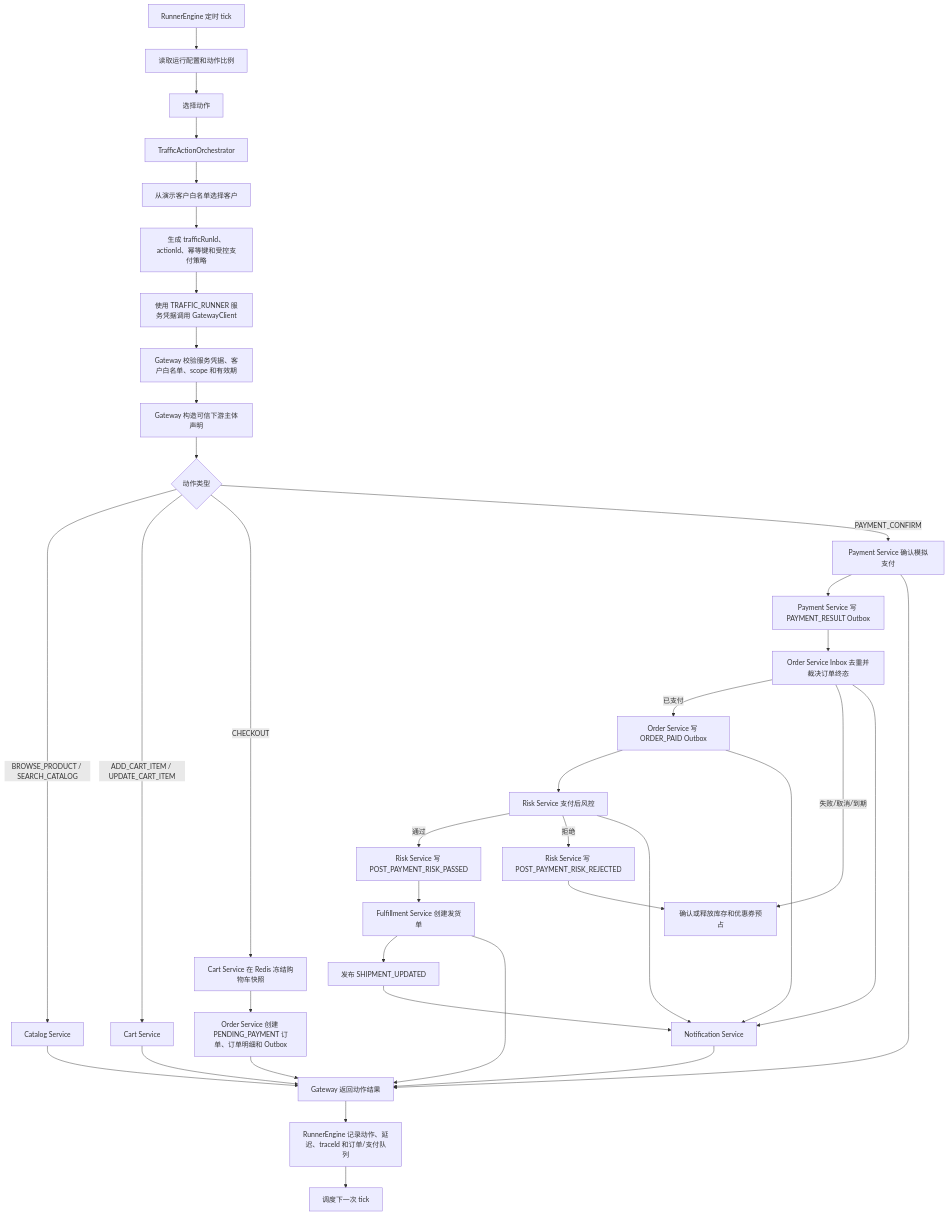
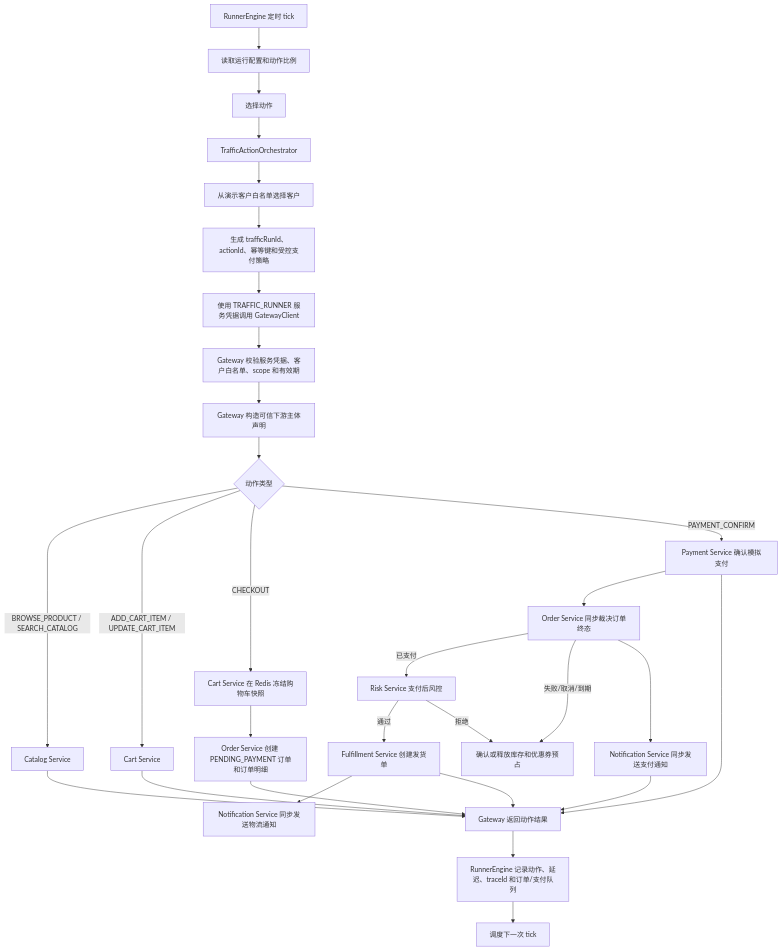
The third of 5 diagrams in _docs/technical-design.md (asatasinon/mall-chaos), drawn with Mermaid before and after one commit. The commit also changed other lines of this file and 38 other files, not shown here.

````diff
--- a/_docs/technical-design.md
+++ b/_docs/technical-design.md
@@ -162,41 +162,34 @@
 ```mermaid
 flowchart TD
   Tick[RunnerEngine 定时 tick] --> Config[读取运行配置和动作比例]
   Config --> Pick[选择动作]
   Pick --> Orchestrator[TrafficActionOrchestrator]
   Orchestrator --> DemoUser[从演示客户白名单选择客户]
   DemoUser --> Context[生成 trafficRunId、actionId、幂等键和受控支付策略]
   Context --> Credentials[使用 TRAFFIC_RUNNER 服务凭据调用 GatewayClient]
   Credentials --> Gateway[Gateway 校验服务凭据、客户白名单、scope 和有效期]
   Gateway --> Principal[Gateway 构造可信下游主体声明]
 
   Principal --> Browse{动作类型}
   Browse -->|BROWSE_PRODUCT / SEARCH_CATALOG| Catalog[Catalog Service]
   Browse -->|ADD_CART_ITEM / UPDATE_CART_ITEM| Cart[Cart Service]
   Browse -->|CHECKOUT| Freeze[Cart Service 在 Redis 冻结购物车快照]
-  Freeze --> Order[Order Service 创建 PENDING_PAYMENT 订单、订单明细和 Outbox]
+  Freeze --> Order[Order Service 创建 PENDING_PAYMENT 订单和订单明细]
   Browse -->|PAYMENT_CONFIRM| Payment[Payment Service 确认模拟支付]
-  Payment --> PaymentOutbox[Payment Service 写 PAYMENT_RESULT Outbox]
-  PaymentOutbox --> OrderInbox[Order Service Inbox 去重并裁决订单终态]
-  OrderInbox -->|已支付| OrderPaid[Order Service 写 ORDER_PAID Outbox]
-  OrderInbox -->|失败/取消/到期| Compensate[确认或释放库存和优惠券预占]
-  OrderPaid --> Risk[Risk Service 支付后风控]
-  Risk -->|通过| RiskPassed[Risk Service 写 POST_PAYMENT_RISK_PASSED]
-  Risk -->|拒绝| RiskRejected[Risk Service 写 POST_PAYMENT_RISK_REJECTED]
-  RiskPassed --> Fulfillment[Fulfillment Service 创建发货单]
-  Fulfillment --> Shipment[发布 SHIPMENT_UPDATED]
-  RiskRejected --> Compensate
-  OrderPaid --> Notify[Notification Service]
-  OrderInbox --> Notify
-  Risk --> Notify
-  Shipment --> Notify
+  Payment --> OrderResult[Order Service 同步裁决订单终态]
+  OrderResult -->|已支付| Risk[Risk Service 支付后风控]
+  OrderResult -->|失败/取消/到期| Compensate[确认或释放库存和优惠券预占]
+  Risk -->|通过| Fulfillment[Fulfillment Service 创建发货单]
+  Risk -->|拒绝| Compensate
+  Fulfillment --> Shipment[Notification Service 同步发送物流通知]
+  OrderResult --> Notify[Notification Service 同步发送支付通知]
 
   Catalog --> Result[Gateway 返回动作结果]
   Cart --> Result
   Order --> Result
   Payment --> Result
   Fulfillment --> Result
   Notify --> Result
   Result --> State[RunnerEngine 记录动作、延迟、traceId 和订单/支付队列]
   State --> Next[调度下一次 tick]
 ```
````
